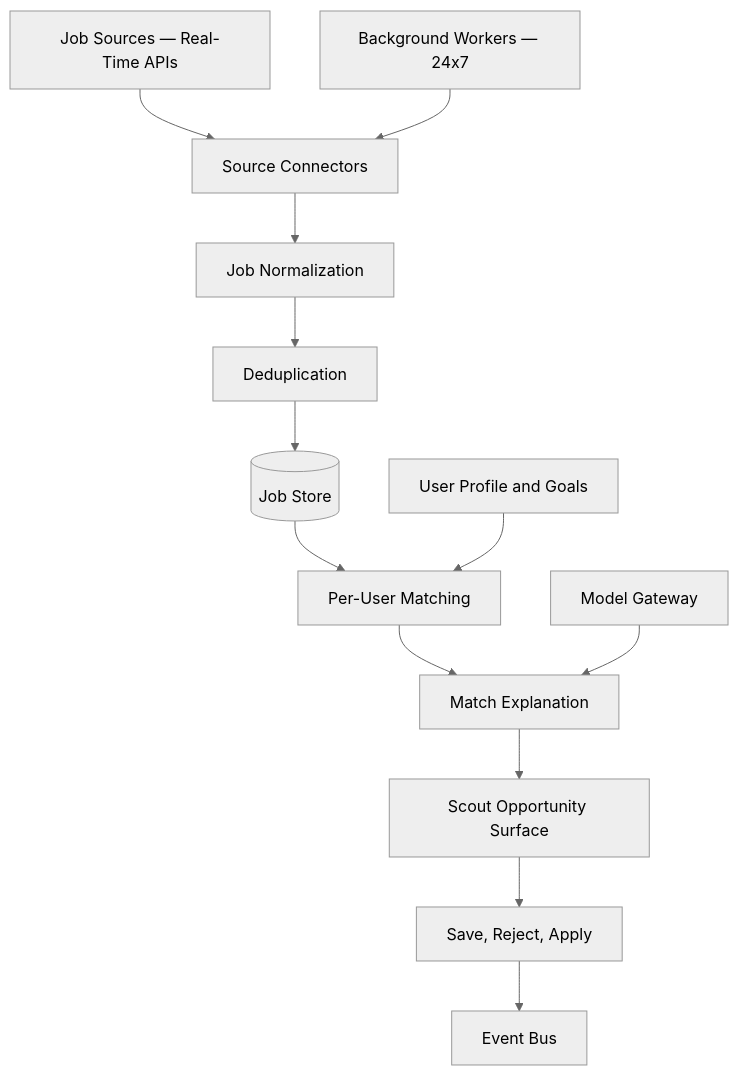
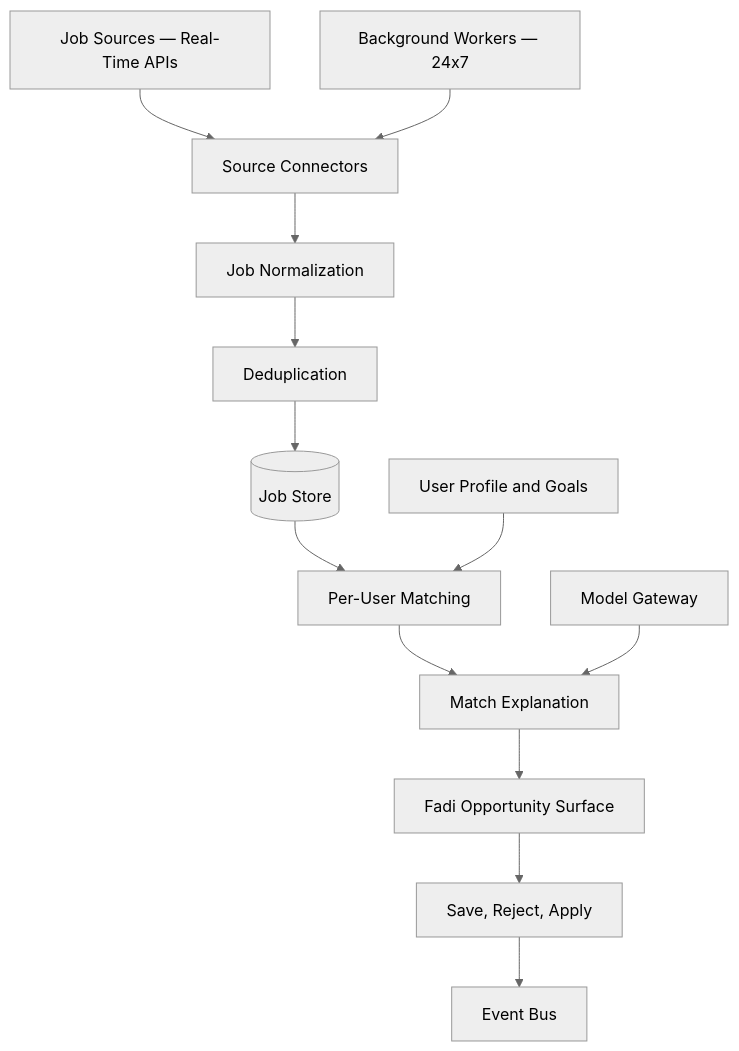
The diagram in docs/JOB_DISCOVERY_ENGINE.md (Mirzzie/Fadi), drawn with Mermaid (neutral theme) before and after one commit. The commit also changed other lines of this file and 158 other files, not shown here.

First line of the commit message:
refactor!: rename agent Scout→Fadi and brand CareerOS→FadiOS

````diff
--- a/docs/JOB_DISCOVERY_ENGINE.md
+++ b/docs/JOB_DISCOVERY_ENGINE.md
@@ -29,15 +29,15 @@
 ```mermaid
 flowchart TD
     Sources[Job Sources — Real-Time APIs] --> Ingest[Source Connectors]
     Ingest --> Normalize[Job Normalization]
     Normalize --> Dedupe[Deduplication]
     Dedupe --> Jobs[(Job Store)]
     Jobs --> Match[Per-User Matching]
     Profile[User Profile and Goals] --> Match
     Match --> Explain[Match Explanation]
     Gateway[Model Gateway] --> Explain
-    Explain --> Opportunities[Scout Opportunity Surface]
+    Explain --> Opportunities[Fadi Opportunity Surface]
     Opportunities --> Feedback[Save, Reject, Apply]
     Feedback --> Events[Event Bus]
     Background[Background Workers — 24x7] --> Ingest
 ```
````
